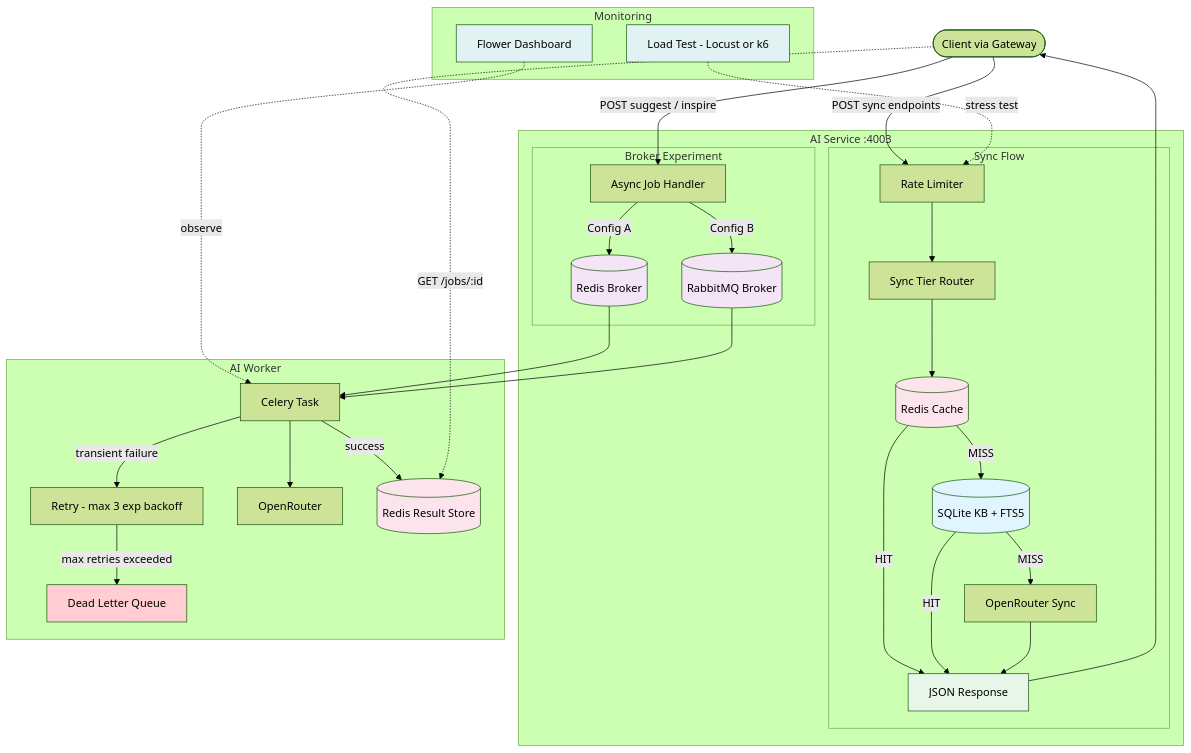
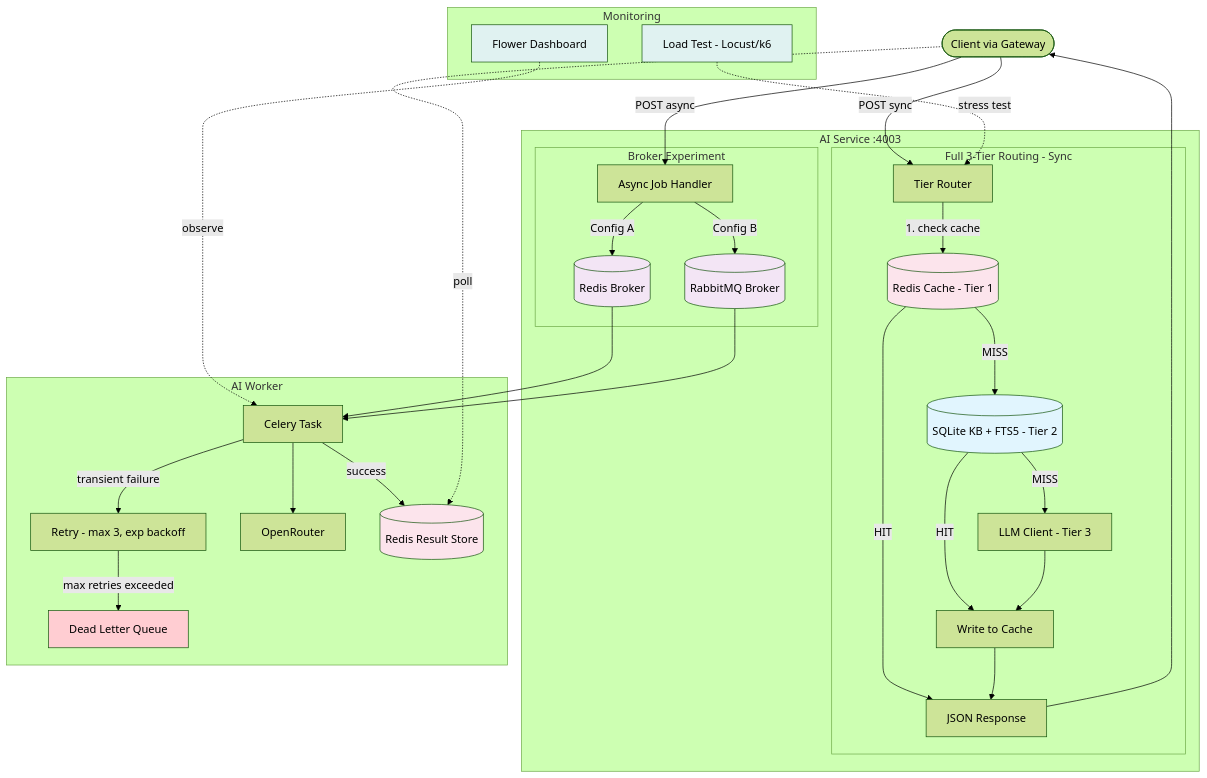
Before and after one commit to iDako7/SmartGroceryAssistant: the third of 3 diagrams in services/ai-service/docs_AI_service/phased_plan.md, drawn with Mermaid (forest theme). The commit also changed other lines of this file and 12 other files, not shown here.

````diff
--- a/services/ai-service/docs_AI_service/phased_plan.md
+++ b/services/ai-service/docs_AI_service/phased_plan.md
@@ -249,70 +252,69 @@
 ```mermaid
 graph TD
     Client([Client via Gateway])
 
     subgraph AIService[AI Service :4003]
-        subgraph SyncFlow[Sync Flow]
-            RateLimit[Rate Limiter]
-            SyncRouter[Sync Tier Router]
-            Cache[(Redis Cache)]
-            KB[(SQLite KB + FTS5)]
-            SyncLLM[OpenRouter Sync]
-            SyncResponse[JSON Response]
+        subgraph TierRouting[Full 3-Tier Routing - Sync]
+            Router[Tier Router]
+            Cache[(Redis Cache - Tier 1)]
+            KB[(SQLite KB + FTS5 - Tier 2)]
+            LLM[LLM Client - Tier 3]
+            WriteCache[Write to Cache]
+            Response[JSON Response]
 
-            RateLimit --> SyncRouter
-            SyncRouter --> Cache
-            Cache -->|HIT| SyncResponse
+            Router -->|1. check cache| Cache
+            Cache -->|HIT| Response
             Cache -->|MISS| KB
-            KB -->|HIT| SyncResponse
-            KB -->|MISS| SyncLLM
-            SyncLLM --> SyncResponse
+            KB -->|HIT| WriteCache
+            KB -->|MISS| LLM
+            LLM --> WriteCache
+            WriteCache --> Response
         end
 
         subgraph BrokerExp[Broker Experiment]
             AsyncHandler[Async Job Handler]
             RedisB[(Redis Broker)]
             RabbitB[(RabbitMQ Broker)]
 
             AsyncHandler -->|Config A| RedisB
             AsyncHandler -->|Config B| RabbitB
         end
     end
 
-    subgraph CeleryWorker[AI Worker]
-        Worker[Celery Task]
-        Retry[Retry - max 3 exp backoff]
+    subgraph Worker[AI Worker]
+        CeleryTask[Celery Task]
+        Retry[Retry - max 3, exp backoff]
         DLQ[Dead Letter Queue]
-        LLM2[OpenRouter]
+        WorkerLLM[OpenRouter]
         ResultStore[(Redis Result Store)]
 
-        Worker -->|success| ResultStore
-        Worker -->|transient failure| Retry
+        CeleryTask -->|success| ResultStore
+        CeleryTask -->|transient failure| Retry
         Retry -->|max retries exceeded| DLQ
-        Worker --> LLM2
+        CeleryTask --> WorkerLLM
     end
 
     subgraph Mon[Monitoring]
         Flower[Flower Dashboard]
-        Locust[Load Test - Locust or k6]
+        LoadTest[Load Test - Locust/k6]
     end
 
-    Client -->|POST sync endpoints| RateLimit
-    SyncResponse --> Client
-    Client -->|POST suggest / inspire| AsyncHandler
-    Client -.->|GET /jobs/:id| ResultStore
+    Client -->|POST sync| Router
+    Response --> Client
+    Client -->|POST async| AsyncHandler
+    Client -.->|poll| ResultStore
 
-    RedisB --> Worker
-    RabbitB --> Worker
-    Flower -.->|observe| Worker
-    Locust -.->|stress test| RateLimit
+    RedisB --> CeleryTask
+    RabbitB --> CeleryTask
+    Flower -.->|observe| CeleryTask
+    LoadTest -.->|stress test| Router
 
     style Cache fill:#fce4ec
     style KB fill:#e1f5fe
     style RedisB fill:#f3e5f5
     style RabbitB fill:#f3e5f5
     style ResultStore fill:#fce4ec
     style DLQ fill:#ffcdd2
     style Flower fill:#e0f2f1
-    style Locust fill:#e0f2f1
-    style SyncResponse fill:#e8f5e9
+    style LoadTest fill:#e0f2f1
 ```
````
